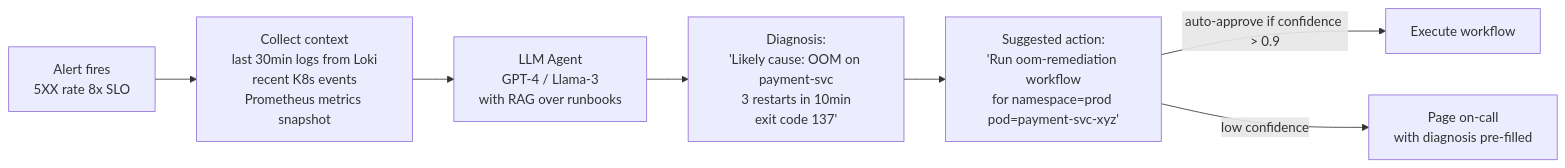
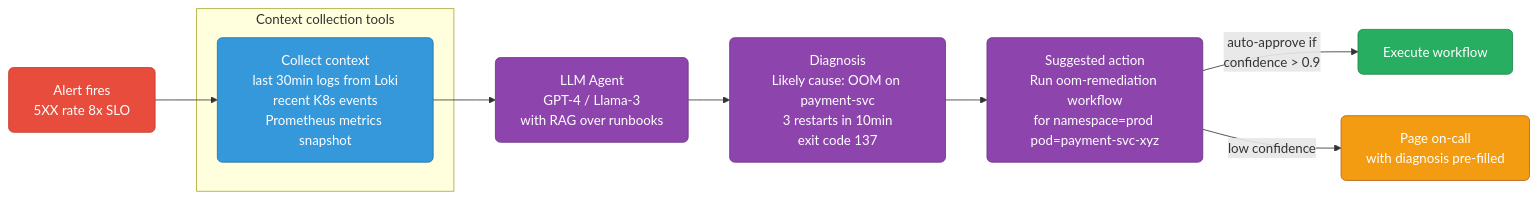
The third of 3 diagrams in sre/self-healing-aiops.md (deepanshu-rawat6/DevOpsIndex), drawn with Mermaid before and after one commit. The commit also changed other lines of this file and 10 other files, not shown here.

````diff
--- a/sre/self-healing-aiops.md
+++ b/sre/self-healing-aiops.md
@@ -282,9 +419,18 @@
 ```mermaid
 graph LR
-    ALERT["Alert fires<br>5XX rate 8x SLO"] --> COLLECT["Collect context<br>last 30min logs from Loki<br>recent K8s events<br>Prometheus metrics snapshot"]
-    COLLECT --> LLM["LLM Agent<br>GPT-4 / Llama-3<br>with RAG over runbooks"]
-    LLM --> DIAG["Diagnosis:<br>'Likely cause: OOM on payment-svc<br>3 restarts in 10min<br>exit code 137'"]
-    DIAG --> ACTION["Suggested action:<br>'Run oom-remediation workflow<br>for namespace=prod pod=payment-svc-xyz'"]
-    ACTION -->|auto-approve if confidence > 0.9| EXEC["Execute workflow"]
-    ACTION -->|low confidence| PAGE["Page on-call<br>with diagnosis pre-filled"]
+    classDef alert fill:#e74c3c,stroke:#c0392b,color:#fff,rx:6
+    classDef context fill:#3498db,stroke:#2471a3,color:#fff,rx:6
+    classDef llm fill:#8e44ad,stroke:#6c3483,color:#fff,rx:6
+    classDef good fill:#27ae60,stroke:#1e8449,color:#fff,rx:6
+    classDef warn fill:#f39c12,stroke:#ba6018,color:#fff,rx:6
+
+    ALERT["Alert fires<br/>5XX rate 8x SLO"]:::alert --> COLLECT
+    subgraph CONTEXTGROUP["Context collection tools"]
+        COLLECT["Collect context<br/>last 30min logs from Loki<br/>recent K8s events<br/>Prometheus metrics snapshot"]:::context
+    end
+    COLLECT --> LLM["LLM Agent<br/>GPT-4 / Llama-3<br/>with RAG over runbooks"]:::llm
+    LLM --> DIAG["Diagnosis<br/>Likely cause: OOM on payment-svc<br/>3 restarts in 10min<br/>exit code 137"]:::llm
+    DIAG --> ACTION["Suggested action<br/>Run oom-remediation workflow<br/>for namespace=prod pod=payment-svc-xyz"]:::llm
+    ACTION -->|"auto-approve if<br/>confidence > 0.9"| EXEC["Execute workflow"]:::good
+    ACTION -->|"low confidence"| PAGE["Page on-call<br/>with diagnosis pre-filled"]:::warn
 ```
````
